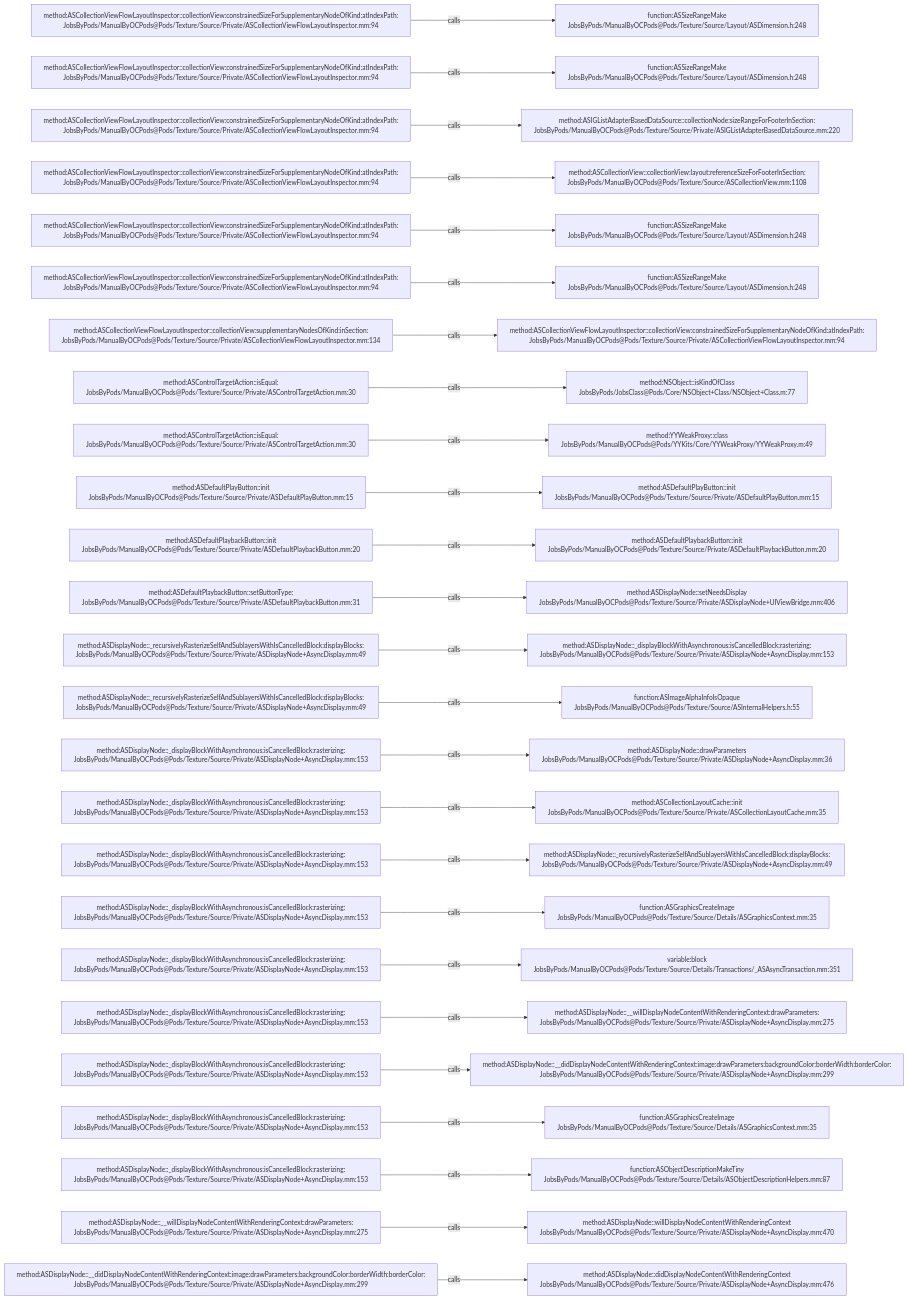
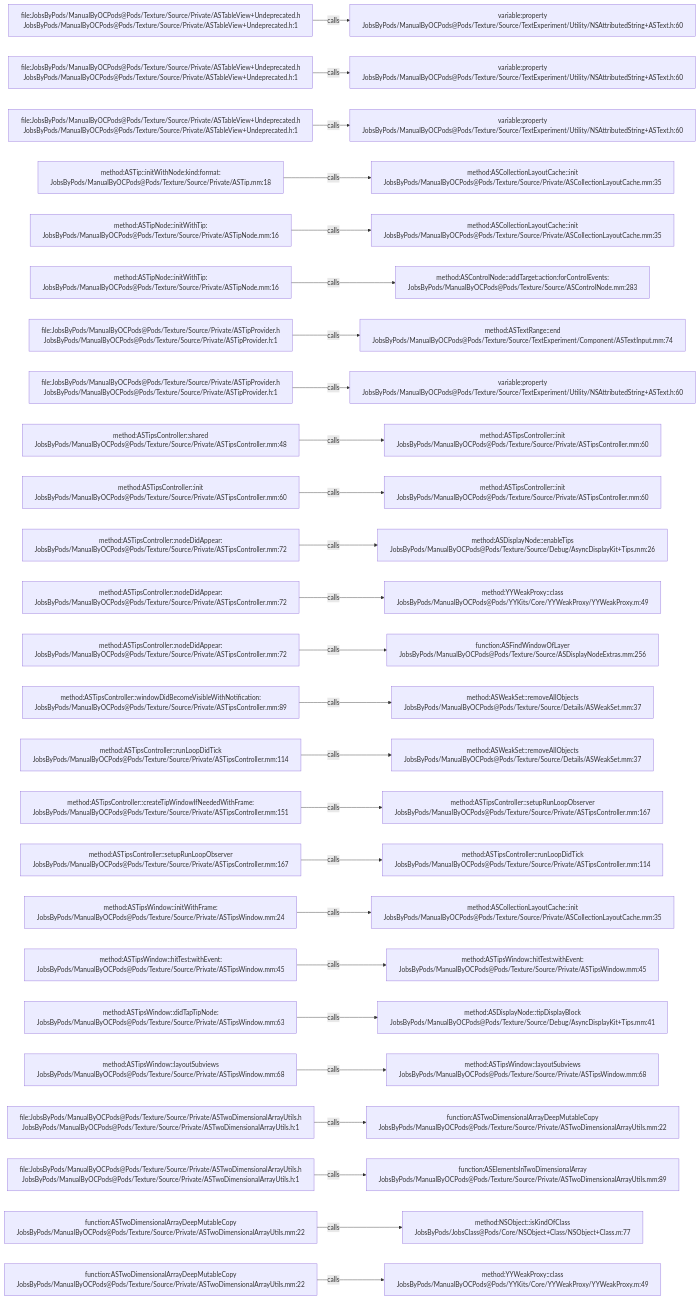
Before and after one commit to JobsKits/JobsOCBaseConfigDemo: the diagram in .codegraph/codegraph.md/graphs/calls-184.md, drawn with Mermaid. The commit also changed 1448 other files, not shown here.

````diff
--- a/.codegraph/codegraph.md/graphs/calls-184.md
+++ b/.codegraph/codegraph.md/graphs/calls-184.md
@@ -13,78 +13,78 @@
 ```mermaid
 flowchart LR
-  S1["method:ASCollectionViewFlowLayoutInspector::collectionView:constrainedSizeForSupplementaryNodeOfKind:atIndexPath:<br/>JobsByPods/ManualByOCPods@Pods/Texture/Source/Private/ASCollectionViewFlowLayoutInspector.mm:94"]
-  T1["function:ASSizeRangeMake<br/>JobsByPods/ManualByOCPods@Pods/Texture/Source/Layout/ASDimension.h:248"]
+  S1["file:JobsByPods/ManualByOCPods@Pods/Texture/Source/Private/ASTableView+Undeprecated.h<br/>JobsByPods/ManualByOCPods@Pods/Texture/Source/Private/ASTableView+Undeprecated.h:1"]
+  T1["variable:property<br/>JobsByPods/ManualByOCPods@Pods/Texture/Source/TextExperiment/Utility/NSAttributedString+ASText.h:60"]
   S1 -->|calls| T1
-  S2["method:ASCollectionViewFlowLayoutInspector::collectionView:constrainedSizeForSupplementaryNodeOfKind:atIndexPath:<br/>JobsByPods/ManualByOCPods@Pods/Texture/Source/Private/ASCollectionViewFlowLayoutInspector.mm:94"]
-  T2["function:ASSizeRangeMake<br/>JobsByPods/ManualByOCPods@Pods/Texture/Source/Layout/ASDimension.h:248"]
+  S2["file:JobsByPods/ManualByOCPods@Pods/Texture/Source/Private/ASTableView+Undeprecated.h<br/>JobsByPods/ManualByOCPods@Pods/Texture/Source/Private/ASTableView+Undeprecated.h:1"]
+  T2["variable:property<br/>JobsByPods/ManualByOCPods@Pods/Texture/Source/TextExperiment/Utility/NSAttributedString+ASText.h:60"]
   S2 -->|calls| T2
-  S3["method:ASCollectionViewFlowLayoutInspector::collectionView:constrainedSizeForSupplementaryNodeOfKind:atIndexPath:<br/>JobsByPods/ManualByOCPods@Pods/Texture/Source/Private/ASCollectionViewFlowLayoutInspector.mm:94"]
-  T3["method:ASIGListAdapterBasedDataSource::collectionNode:sizeRangeForFooterInSection:<br/>JobsByPods/ManualByOCPods@Pods/Texture/Source/Private/ASIGListAdapterBasedDataSource.mm:220"]
+  S3["file:JobsByPods/ManualByOCPods@Pods/Texture/Source/Private/ASTableView+Undeprecated.h<br/>JobsByPods/ManualByOCPods@Pods/Texture/Source/Private/ASTableView+Undeprecated.h:1"]
+  T3["variable:property<br/>JobsByPods/ManualByOCPods@Pods/Texture/Source/TextExperiment/Utility/NSAttributedString+ASText.h:60"]
   S3 -->|calls| T3
-  S4["method:ASCollectionViewFlowLayoutInspector::collectionView:constrainedSizeForSupplementaryNodeOfKind:atIndexPath:<br/>JobsByPods/ManualByOCPods@Pods/Texture/Source/Private/ASCollectionViewFlowLayoutInspector.mm:94"]
-  T4["method:ASCollectionView::collectionView:layout:referenceSizeForFooterInSection:<br/>JobsByPods/ManualByOCPods@Pods/Texture/Source/ASCollectionView.mm:1108"]
+  S4["method:ASTip::initWithNode:kind:format:<br/>JobsByPods/ManualByOCPods@Pods/Texture/Source/Private/ASTip.mm:18"]
+  T4["method:ASCollectionLayoutCache::init<br/>JobsByPods/ManualByOCPods@Pods/Texture/Source/Private/ASCollectionLayoutCache.mm:35"]
   S4 -->|calls| T4
-  S5["method:ASCollectionViewFlowLayoutInspector::collectionView:constrainedSizeForSupplementaryNodeOfKind:atIndexPath:<br/>JobsByPods/ManualByOCPods@Pods/Texture/Source/Private/ASCollectionViewFlowLayoutInspector.mm:94"]
-  T5["function:ASSizeRangeMake<br/>JobsByPods/ManualByOCPods@Pods/Texture/Source/Layout/ASDimension.h:248"]
+  S5["method:ASTipNode::initWithTip:<br/>JobsByPods/ManualByOCPods@Pods/Texture/Source/Private/ASTipNode.mm:16"]
+  T5["method:ASCollectionLayoutCache::init<br/>JobsByPods/ManualByOCPods@Pods/Texture/Source/Private/ASCollectionLayoutCache.mm:35"]
   S5 -->|calls| T5
-  S6["method:ASCollectionViewFlowLayoutInspector::collectionView:constrainedSizeForSupplementaryNodeOfKind:atIndexPath:<br/>JobsByPods/ManualByOCPods@Pods/Texture/Source/Private/ASCollectionViewFlowLayoutInspector.mm:94"]
-  T6["function:ASSizeRangeMake<br/>JobsByPods/ManualByOCPods@Pods/Texture/Source/Layout/ASDimension.h:248"]
+  S6["method:ASTipNode::initWithTip:<br/>JobsByPods/ManualByOCPods@Pods/Texture/Source/Private/ASTipNode.mm:16"]
+  T6["method:ASControlNode::addTarget:action:forControlEvents:<br/>JobsByPods/ManualByOCPods@Pods/Texture/Source/ASControlNode.mm:283"]
   S6 -->|calls| T6
-  S7["method:ASCollectionViewFlowLayoutInspector::collectionView:supplementaryNodesOfKind:inSection:<br/>JobsByPods/ManualByOCPods@Pods/Texture/Source/Private/ASCollectionViewFlowLayoutInspector.mm:134"]
-  T7["method:ASCollectionViewFlowLayoutInspector::collectionView:constrainedSizeForSupplementaryNodeOfKind:atIndexPath:<br/>JobsByPods/ManualByOCPods@Pods/Texture/Source/Private/ASCollectionViewFlowLayoutInspector.mm:94"]
+  S7["file:JobsByPods/ManualByOCPods@Pods/Texture/Source/Private/ASTipProvider.h<br/>JobsByPods/ManualByOCPods@Pods/Texture/Source/Private/ASTipProvider.h:1"]
+  T7["method:ASTextRange::end<br/>JobsByPods/ManualByOCPods@Pods/Texture/Source/TextExperiment/Component/ASTextInput.mm:74"]
   S7 -->|calls| T7
-  S8["method:ASControlTargetAction::isEqual:<br/>JobsByPods/ManualByOCPods@Pods/Texture/Source/Private/ASControlTargetAction.mm:30"]
-  T8["method:NSObject::isKindOfClass<br/>JobsByPods/JobsClass@Pods/Core/NSObject+Class/NSObject+Class.m:77"]
+  S8["file:JobsByPods/ManualByOCPods@Pods/Texture/Source/Private/ASTipProvider.h<br/>JobsByPods/ManualByOCPods@Pods/Texture/Source/Private/ASTipProvider.h:1"]
+  T8["variable:property<br/>JobsByPods/ManualByOCPods@Pods/Texture/Source/TextExperiment/Utility/NSAttributedString+ASText.h:60"]
   S8 -->|calls| T8
-  S9["method:ASControlTargetAction::isEqual:<br/>JobsByPods/ManualByOCPods@Pods/Texture/Source/Private/ASControlTargetAction.mm:30"]
-  T9["method:YYWeakProxy::class<br/>JobsByPods/ManualByOCPods@Pods/YYKits/Core/YYWeakProxy/YYWeakProxy.m:49"]
+  S9["method:ASTipsController::shared<br/>JobsByPods/ManualByOCPods@Pods/Texture/Source/Private/ASTipsController.mm:48"]
+  T9["method:ASTipsController::init<br/>JobsByPods/ManualByOCPods@Pods/Texture/Source/Private/ASTipsController.mm:60"]
   S9 -->|calls| T9
-  S10["method:ASDefaultPlayButton::init<br/>JobsByPods/ManualByOCPods@Pods/Texture/Source/Private/ASDefaultPlayButton.mm:15"]
-  T10["method:ASDefaultPlayButton::init<br/>JobsByPods/ManualByOCPods@Pods/Texture/Source/Private/ASDefaultPlayButton.mm:15"]
+  S10["method:ASTipsController::init<br/>JobsByPods/ManualByOCPods@Pods/Texture/Source/Private/ASTipsController.mm:60"]
+  T10["method:ASTipsController::init<br/>JobsByPods/ManualByOCPods@Pods/Texture/Source/Private/ASTipsController.mm:60"]
   S10 -->|calls| T10
-  S11["method:ASDefaultPlaybackButton::init<br/>JobsByPods/ManualByOCPods@Pods/Texture/Source/Private/ASDefaultPlaybackButton.mm:20"]
-  T11["method:ASDefaultPlaybackButton::init<br/>JobsByPods/ManualByOCPods@Pods/Texture/Source/Private/ASDefaultPlaybackButton.mm:20"]
+  S11["method:ASTipsController::nodeDidAppear:<br/>JobsByPods/ManualByOCPods@Pods/Texture/Source/Private/ASTipsController.mm:72"]
+  T11["method:ASDisplayNode::enableTips<br/>JobsByPods/ManualByOCPods@Pods/Texture/Source/Debug/AsyncDisplayKit+Tips.mm:26"]
   S11 -->|calls| T11
-  S12["method:ASDefaultPlaybackButton::setButtonType:<br/>JobsByPods/ManualByOCPods@Pods/Texture/Source/Private/ASDefaultPlaybackButton.mm:31"]
-  T12["method:ASDisplayNode::setNeedsDisplay<br/>JobsByPods/ManualByOCPods@Pods/Texture/Source/Private/ASDisplayNode+UIViewBridge.mm:406"]
+  S12["method:ASTipsController::nodeDidAppear:<br/>JobsByPods/ManualByOCPods@Pods/Texture/Source/Private/ASTipsController.mm:72"]
+  T12["method:YYWeakProxy::class<br/>JobsByPods/ManualByOCPods@Pods/YYKits/Core/YYWeakProxy/YYWeakProxy.m:49"]
   S12 -->|calls| T12
-  S13["method:ASDisplayNode::_recursivelyRasterizeSelfAndSublayersWithIsCancelledBlock:displayBlocks:<br/>JobsByPods/ManualByOCPods@Pods/Texture/Source/Private/ASDisplayNode+AsyncDisplay.mm:49"]
-  T13["method:ASDisplayNode::_displayBlockWithAsynchronous:isCancelledBlock:rasterizing:<br/>JobsByPods/ManualByOCPods@Pods/Texture/Source/Private/ASDisplayNode+AsyncDisplay.mm:153"]
+  S13["method:ASTipsController::nodeDidAppear:<br/>JobsByPods/ManualByOCPods@Pods/Texture/Source/Private/ASTipsController.mm:72"]
+  T13["function:ASFindWindowOfLayer<br/>JobsByPods/ManualByOCPods@Pods/Texture/Source/ASDisplayNodeExtras.mm:256"]
   S13 -->|calls| T13
-  S14["method:ASDisplayNode::_recursivelyRasterizeSelfAndSublayersWithIsCancelledBlock:displayBlocks:<br/>JobsByPods/ManualByOCPods@Pods/Texture/Source/Private/ASDisplayNode+AsyncDisplay.mm:49"]
-  T14["function:ASImageAlphaInfoIsOpaque<br/>JobsByPods/ManualByOCPods@Pods/Texture/Source/ASInternalHelpers.h:55"]
+  S14["method:ASTipsController::windowDidBecomeVisibleWithNotification:<br/>JobsByPods/ManualByOCPods@Pods/Texture/Source/Private/ASTipsController.mm:89"]
+  T14["method:ASWeakSet::removeAllObjects<br/>JobsByPods/ManualByOCPods@Pods/Texture/Source/Details/ASWeakSet.mm:37"]
   S14 -->|calls| T14
-  S15["method:ASDisplayNode::_displayBlockWithAsynchronous:isCancelledBlock:rasterizing:<br/>JobsByPods/ManualByOCPods@Pods/Texture/Source/Private/ASDisplayNode+AsyncDisplay.mm:153"]
-  T15["method:ASDisplayNode::drawParameters<br/>JobsByPods/ManualByOCPods@Pods/Texture/Source/Private/ASDisplayNode+AsyncDisplay.mm:36"]
+  S15["method:ASTipsController::runLoopDidTick<br/>JobsByPods/ManualByOCPods@Pods/Texture/Source/Private/ASTipsController.mm:114"]
+  T15["method:ASWeakSet::removeAllObjects<br/>JobsByPods/ManualByOCPods@Pods/Texture/Source/Details/ASWeakSet.mm:37"]
   S15 -->|calls| T15
-  S16["method:ASDisplayNode::_displayBlockWithAsynchronous:isCancelledBlock:rasterizing:<br/>JobsByPods/ManualByOCPods@Pods/Texture/Source/Private/ASDisplayNode+AsyncDisplay.mm:153"]
-  T16["method:ASCollectionLayoutCache::init<br/>JobsByPods/ManualByOCPods@Pods/Texture/Source/Private/ASCollectionLayoutCache.mm:35"]
+  S16["method:ASTipsController::createTipWindowIfNeededWithFrame:<br/>JobsByPods/ManualByOCPods@Pods/Texture/Source/Private/ASTipsController.mm:151"]
+  T16["method:ASTipsController::setupRunLoopObserver<br/>JobsByPods/ManualByOCPods@Pods/Texture/Source/Private/ASTipsController.mm:167"]
   S16 -->|calls| T16
-  S17["method:ASDisplayNode::_displayBlockWithAsynchronous:isCancelledBlock:rasterizing:<br/>JobsByPods/ManualByOCPods@Pods/Texture/Source/Private/ASDisplayNode+AsyncDisplay.mm:153"]
-  T17["method:ASDisplayNode::_recursivelyRasterizeSelfAndSublayersWithIsCancelledBlock:displayBlocks:<br/>JobsByPods/ManualByOCPods@Pods/Texture/Source/Private/ASDisplayNode+AsyncDisplay.mm:49"]
+  S17["method:ASTipsController::setupRunLoopObserver<br/>JobsByPods/ManualByOCPods@Pods/Texture/Source/Private/ASTipsController.mm:167"]
+  T17["method:ASTipsController::runLoopDidTick<br/>JobsByPods/ManualByOCPods@Pods/Texture/Source/Private/ASTipsController.mm:114"]
   S17 -->|calls| T17
-  S18["method:ASDisplayNode::_displayBlockWithAsynchronous:isCancelledBlock:rasterizing:<br/>JobsByPods/ManualByOCPods@Pods/Texture/Source/Private/ASDisplayNode+AsyncDisplay.mm:153"]
-  T18["function:ASGraphicsCreateImage<br/>JobsByPods/ManualByOCPods@Pods/Texture/Source/Details/ASGraphicsContext.mm:35"]
+  S18["method:ASTipsWindow::initWithFrame:<br/>JobsByPods/ManualByOCPods@Pods/Texture/Source/Private/ASTipsWindow.mm:24"]
+  T18["method:ASCollectionLayoutCache::init<br/>JobsByPods/ManualByOCPods@Pods/Texture/Source/Private/ASCollectionLayoutCache.mm:35"]
   S18 -->|calls| T18
-  S19["method:ASDisplayNode::_displayBlockWithAsynchronous:isCancelledBlock:rasterizing:<br/>JobsByPods/ManualByOCPods@Pods/Texture/Source/Private/ASDisplayNode+AsyncDisplay.mm:153"]
-  T19["variable:block<br/>JobsByPods/ManualByOCPods@Pods/Texture/Source/Details/Transactions/_ASAsyncTransaction.mm:351"]
+  S19["method:ASTipsWindow::hitTest:withEvent:<br/>JobsByPods/ManualByOCPods@Pods/Texture/Source/Private/ASTipsWindow.mm:45"]
+  T19["method:ASTipsWindow::hitTest:withEvent:<br/>JobsByPods/ManualByOCPods@Pods/Texture/Source/Private/ASTipsWindow.mm:45"]
   S19 -->|calls| T19
-  S20["method:ASDisplayNode::_displayBlockWithAsynchronous:isCancelledBlock:rasterizing:<br/>JobsByPods/ManualByOCPods@Pods/Texture/Source/Private/ASDisplayNode+AsyncDisplay.mm:153"]
-  T20["method:ASDisplayNode::__willDisplayNodeContentWithRenderingContext:drawParameters:<br/>JobsByPods/ManualByOCPods@Pods/Texture/Source/Private/ASDisplayNode+AsyncDisplay.mm:275"]
+  S20["method:ASTipsWindow::didTapTipNode:<br/>JobsByPods/ManualByOCPods@Pods/Texture/Source/Private/ASTipsWindow.mm:63"]
+  T20["method:ASDisplayNode::tipDisplayBlock<br/>JobsByPods/ManualByOCPods@Pods/Texture/Source/Debug/AsyncDisplayKit+Tips.mm:41"]
   S20 -->|calls| T20
-  S21["method:ASDisplayNode::_displayBlockWithAsynchronous:isCancelledBlock:rasterizing:<br/>JobsByPods/ManualByOCPods@Pods/Texture/Source/Private/ASDisplayNode+AsyncDisplay.mm:153"]
-  T21["method:ASDisplayNode::__didDisplayNodeContentWithRenderingContext:image:drawParameters:backgroundColor:borderWidth:borderColor:<br/>JobsByPods/ManualByOCPods@Pods/Texture/Source/Private/ASDisplayNode+AsyncDisplay.mm:299"]
+  S21["method:ASTipsWindow::layoutSubviews<br/>JobsByPods/ManualByOCPods@Pods/Texture/Source/Private/ASTipsWindow.mm:68"]
+  T21["method:ASTipsWindow::layoutSubviews<br/>JobsByPods/ManualByOCPods@Pods/Texture/Source/Private/ASTipsWindow.mm:68"]
   S21 -->|calls| T21
-  S22["method:ASDisplayNode::_displayBlockWithAsynchronous:isCancelledBlock:rasterizing:<br/>JobsByPods/ManualByOCPods@Pods/Texture/Source/Private/ASDisplayNode+AsyncDisplay.mm:153"]
-  T22["function:ASGraphicsCreateImage<br/>JobsByPods/ManualByOCPods@Pods/Texture/Source/Details/ASGraphicsContext.mm:35"]
+  S22["file:JobsByPods/ManualByOCPods@Pods/Texture/Source/Private/ASTwoDimensionalArrayUtils.h<br/>JobsByPods/ManualByOCPods@Pods/Texture/Source/Private/ASTwoDimensionalArrayUtils.h:1"]
+  T22["function:ASTwoDimensionalArrayDeepMutableCopy<br/>JobsByPods/ManualByOCPods@Pods/Texture/Source/Private/ASTwoDimensionalArrayUtils.mm:22"]
   S22 -->|calls| T22
-  S23["method:ASDisplayNode::_displayBlockWithAsynchronous:isCancelledBlock:rasterizing:<br/>JobsByPods/ManualByOCPods@Pods/Texture/Source/Private/ASDisplayNode+AsyncDisplay.mm:153"]
-  T23["function:ASObjectDescriptionMakeTiny<br/>JobsByPods/ManualByOCPods@Pods/Texture/Source/Details/ASObjectDescriptionHelpers.mm:87"]
+  S23["file:JobsByPods/ManualByOCPods@Pods/Texture/Source/Private/ASTwoDimensionalArrayUtils.h<br/>JobsByPods/ManualByOCPods@Pods/Texture/Source/Private/ASTwoDimensionalArrayUtils.h:1"]
+  T23["function:ASElementsInTwoDimensionalArray<br/>JobsByPods/ManualByOCPods@Pods/Texture/Source/Private/ASTwoDimensionalArrayUtils.mm:89"]
   S23 -->|calls| T23
-  S24["method:ASDisplayNode::__willDisplayNodeContentWithRenderingContext:drawParameters:<br/>JobsByPods/ManualByOCPods@Pods/Texture/Source/Private/ASDisplayNode+AsyncDisplay.mm:275"]
-  T24["method:ASDisplayNode::willDisplayNodeContentWithRenderingContext<br/>JobsByPods/ManualByOCPods@Pods/Texture/Source/Private/ASDisplayNode+AsyncDisplay.mm:470"]
+  S24["function:ASTwoDimensionalArrayDeepMutableCopy<br/>JobsByPods/ManualByOCPods@Pods/Texture/Source/Private/ASTwoDimensionalArrayUtils.mm:22"]
+  T24["method:NSObject::isKindOfClass<br/>JobsByPods/JobsClass@Pods/Core/NSObject+Class/NSObject+Class.m:77"]
   S24 -->|calls| T24
-  S25["method:ASDisplayNode::__didDisplayNodeContentWithRenderingContext:image:drawParameters:backgroundColor:borderWidth:borderColor:<br/>JobsByPods/ManualByOCPods@Pods/Texture/Source/Private/ASDisplayNode+AsyncDisplay.mm:299"]
-  T25["method:ASDisplayNode::didDisplayNodeContentWithRenderingContext<br/>JobsByPods/ManualByOCPods@Pods/Texture/Source/Private/ASDisplayNode+AsyncDisplay.mm:476"]
+  S25["function:ASTwoDimensionalArrayDeepMutableCopy<br/>JobsByPods/ManualByOCPods@Pods/Texture/Source/Private/ASTwoDimensionalArrayUtils.mm:22"]
+  T25["method:YYWeakProxy::class<br/>JobsByPods/ManualByOCPods@Pods/YYKits/Core/YYWeakProxy/YYWeakProxy.m:49"]
   S25 -->|calls| T25
 ```
````
